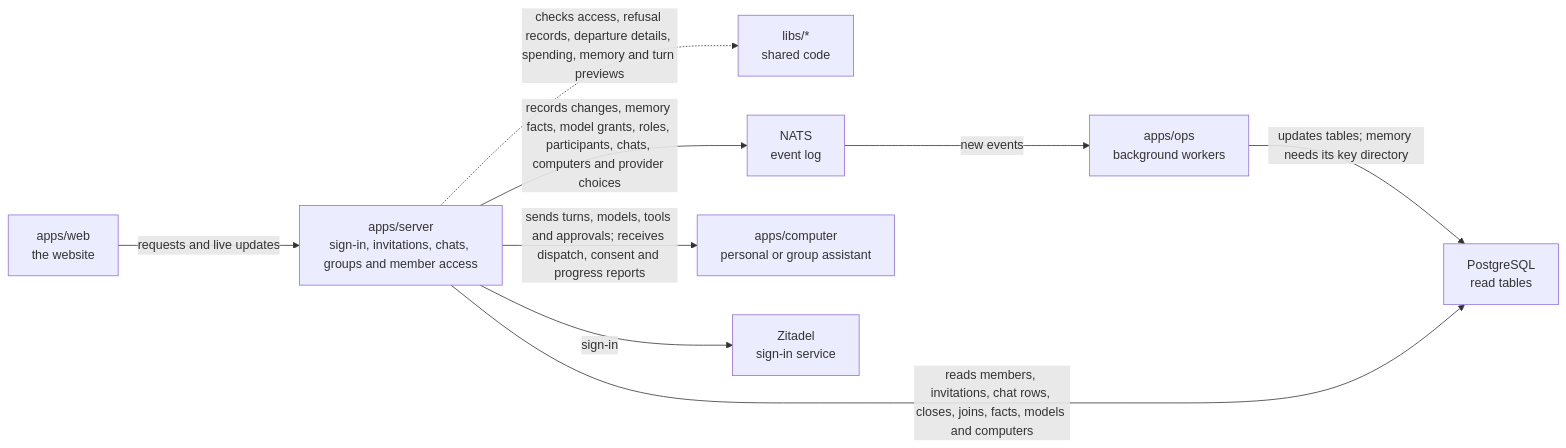
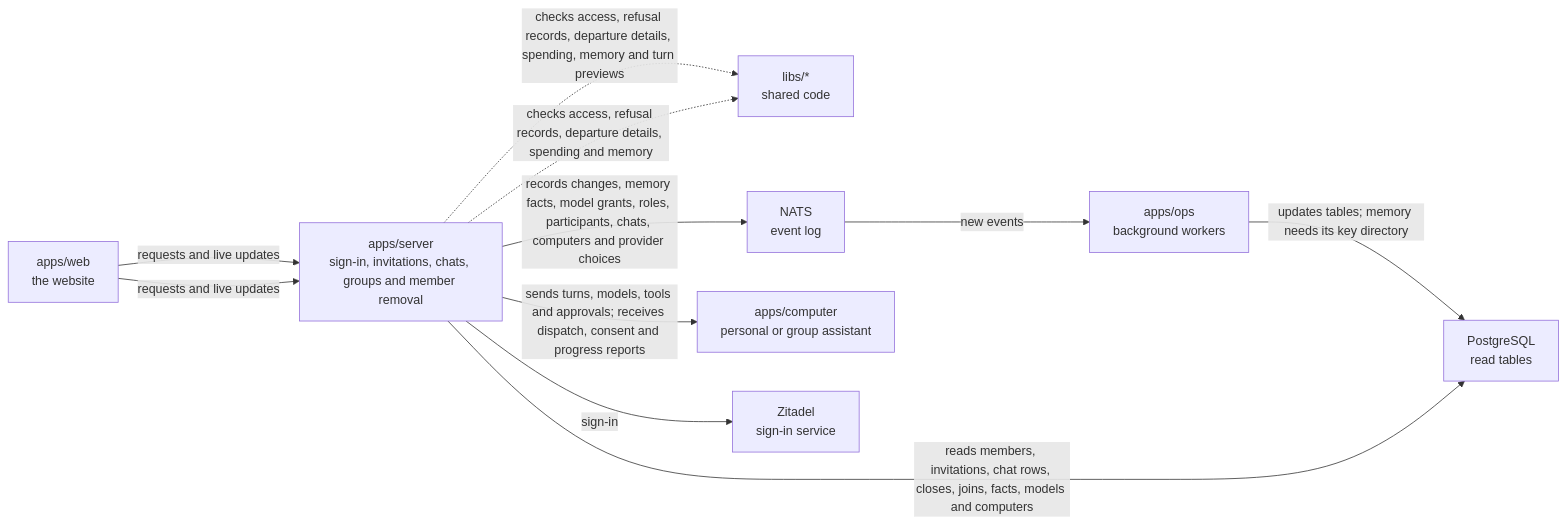
The diagram in apps/server/README.md (elewa-git/opencrane-new), drawn with Mermaid before and after one commit. The commit also changed other lines of this file and 26 other files, not shown here.

````diff
--- a/apps/server/README.md
+++ b/apps/server/README.md
@@ -11,11 +11,13 @@
 ```mermaid
 flowchart LR
   web["apps/web<br/>the website"] -->|requests and live updates| server["apps/server<br/>sign-in, invitations, chats, groups and member access"]
   server -.->|checks access, refusal records, departure details, spending, memory and turn previews| libs["libs/*<br/>shared code"]
+  web["apps/web<br/>the website"] -->|requests and live updates| server["apps/server<br/>sign-in, invitations, chats, groups and member removal"]
+  server -.->|checks access, refusal records, departure details, spending and memory| libs["libs/*<br/>shared code"]
   server -->|records changes, memory facts, model grants, roles, participants, chats, computers and provider choices| nats["NATS<br/>event log"]
   nats -->|new events| ops["apps/ops<br/>background workers"]
   ops -->|updates tables; memory needs its key directory| postgres["PostgreSQL<br/>read tables"]
   server -->|reads members, invitations, chat rows, closes, joins, facts, models and computers| postgres
   server -->|sends turns, models, tools and approvals; receives dispatch, consent and progress reports| computer["apps/computer<br/>personal or group assistant"]
   server -->|sign-in| zitadel["Zitadel<br/>sign-in service"]
 ```
````
